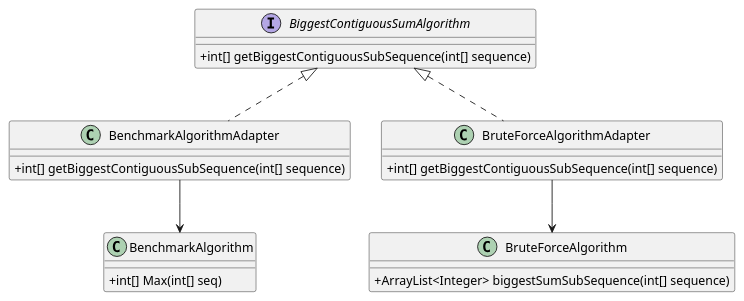
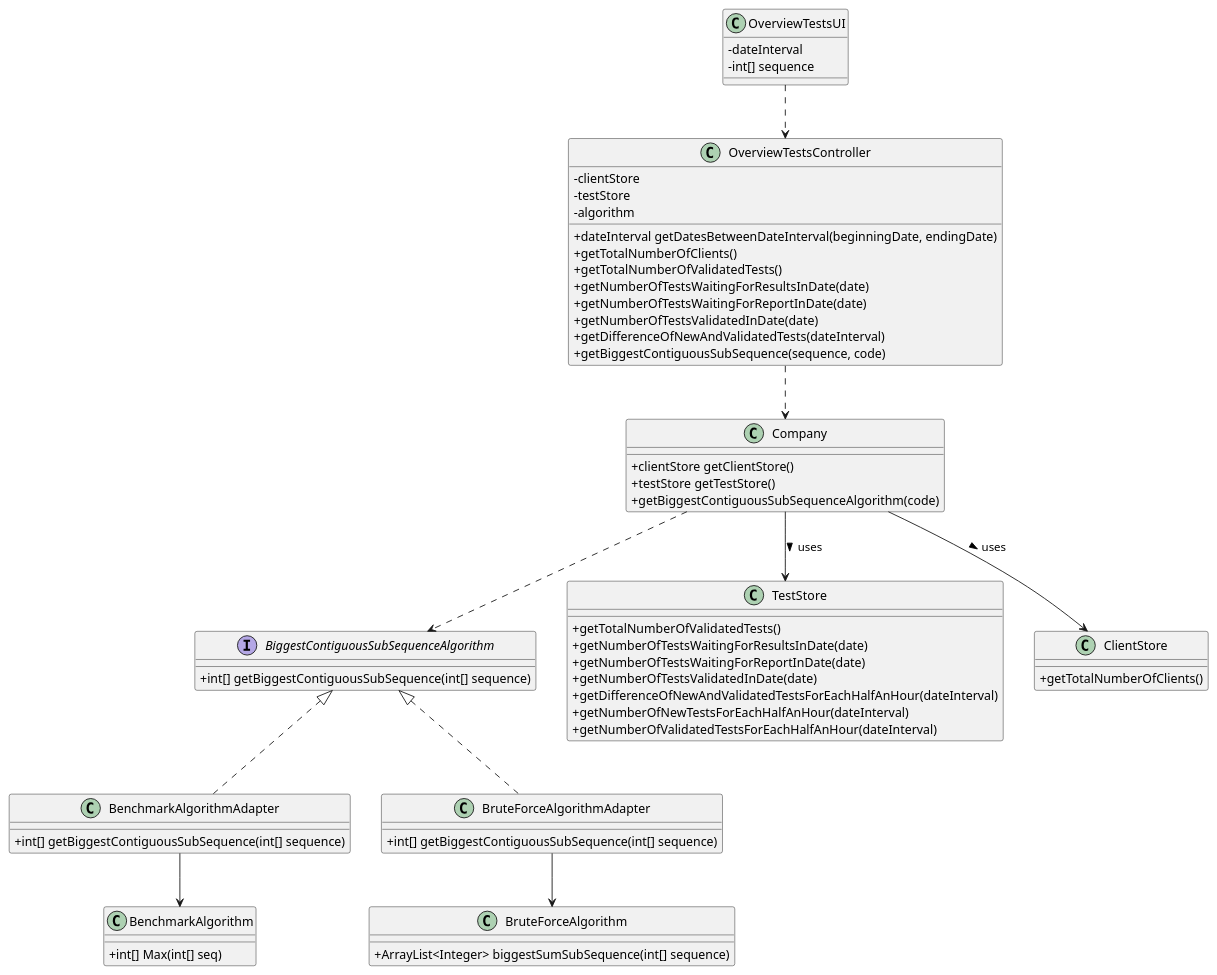
One commit to MadDinosaur/ISEP-LAPR2 changed the diagram in docs/SprintD/US16/US16_CD.puml. Above: the diagram before and after it, drawn with PlantUML. The commit also changed 7 other files, not shown here.

Commit message:
US16: created all the .svg; updated the requirements file; updated the class diagram, the sequence diagram and the domain model.

```diff
--- a/docs/SprintD/US16/US16_CD.puml
+++ b/docs/SprintD/US16/US16_CD.puml
@@ -1,29 +1,75 @@
 @startuml
 
 skinparam classAttributeIconSize 0
 
-interface BiggestContiguousSumAlgorithm {
+interface BiggestContiguousSubSequenceAlgorithm {
 +int[] getBiggestContiguousSubSequence(int[] sequence)
 }
 
 class "BenchmarkAlgorithmAdapter" {
 +int[] getBiggestContiguousSubSequence(int[] sequence)
 }
 
 class "BruteForceAlgorithmAdapter" {
 +int[] getBiggestContiguousSubSequence(int[] sequence)
 }
 
 class "BenchmarkAlgorithm" {
 +int[] Max(int[] seq)
 }
 
 class "BruteForceAlgorithm" {
 +ArrayList<Integer> biggestSumSubSequence(int[] sequence)
 }
 
-"BenchmarkAlgorithmAdapter" ..up|> BiggestContiguousSumAlgorithm
-"BruteForceAlgorithmAdapter" ..up|> BiggestContiguousSumAlgorithm
+class OverviewTestsUI {
+-dateInterval
+-int[] sequence
+}
+
+class OverviewTestsController {
+-clientStore
+-testStore
+-algorithm
+
++dateInterval getDatesBetweenDateInterval(beginningDate, endingDate)
++getTotalNumberOfClients()
++getTotalNumberOfValidatedTests()
++getNumberOfTestsWaitingForResultsInDate(date)
++getNumberOfTestsWaitingForReportInDate(date)
++getNumberOfTestsValidatedInDate(date)
++getDifferenceOfNewAndValidatedTests(dateInterval)
++getBiggestContiguousSubSequence(sequence, code)
+}
+
+class Company {
++clientStore getClientStore()
++testStore getTestStore()
++getBiggestContiguousSubSequenceAlgorithm(code)
+}
+
+class TestStore {
++getTotalNumberOfValidatedTests()
++getNumberOfTestsWaitingForResultsInDate(date)
++getNumberOfTestsWaitingForReportInDate(date)
++getNumberOfTestsValidatedInDate(date)
++getDifferenceOfNewAndValidatedTestsForEachHalfAnHour(dateInterval)
++getNumberOfNewTestsForEachHalfAnHour(dateInterval)
++getNumberOfValidatedTestsForEachHalfAnHour(dateInterval)
+}
+
+class ClientStore {
++getTotalNumberOfClients()
+}
+
+"BenchmarkAlgorithmAdapter" ..up|> BiggestContiguousSubSequenceAlgorithm
+"BruteForceAlgorithmAdapter" ..up|> BiggestContiguousSubSequenceAlgorithm
 "BenchmarkAlgorithmAdapter" --down> "BenchmarkAlgorithm"
 "BruteForceAlgorithmAdapter" --down> "BruteForceAlgorithm"
+
+OverviewTestsUI ..> OverviewTestsController
+OverviewTestsController ..> Company
+Company -down-> TestStore: uses >
+Company -down-> ClientStore: uses >
+Company ..> BiggestContiguousSubSequenceAlgorithm
 @enduml
```
